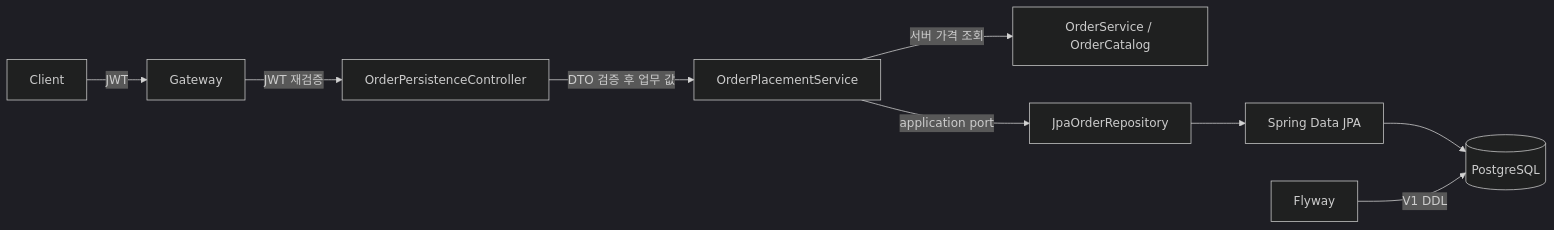
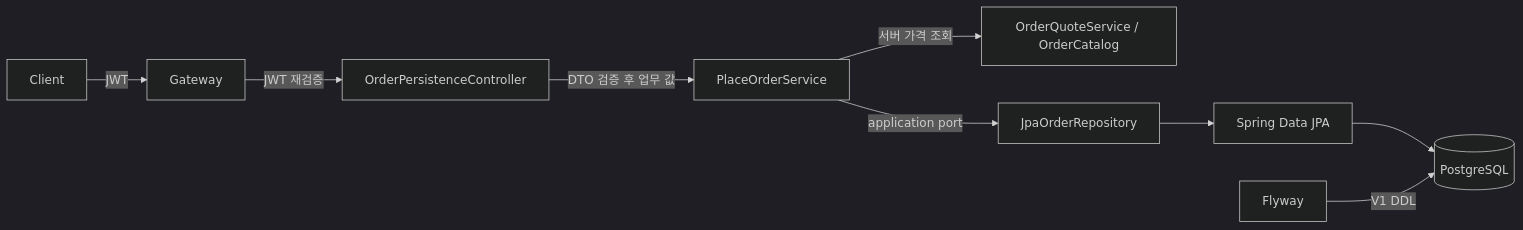
One commit to vaders-hub/spring-gateway-docker-sample changed the diagram in docs/learning/12-postgresql-jpa-flyway.md. Above: the diagram before and after it, drawn with Mermaid (dark theme). The commit also changed other lines of this file and 68 other files, not shown here.

````diff
--- a/docs/learning/12-postgresql-jpa-flyway.md
+++ b/docs/learning/12-postgresql-jpa-flyway.md
@@ -10,11 +10,11 @@
 ```mermaid
 flowchart LR
   Client -->|JWT| Gateway
   Gateway -->|JWT 재검증| Controller[OrderPersistenceController]
-  Controller -->|DTO 검증 후 업무 값| Service[OrderPlacementService]
-  Service -->|서버 가격 조회| Quote[OrderService / OrderCatalog]
+  Controller -->|DTO 검증 후 업무 값| Service[PlaceOrderService]
+  Service -->|서버 가격 조회| Quote[OrderQuoteService / OrderCatalog]
   Service -->|application port| Adapter[JpaOrderRepository]
   Adapter --> SpringData[Spring Data JPA]
   SpringData --> DB[(PostgreSQL)]
   Flyway -->|V1 DDL| DB
 ```
````
